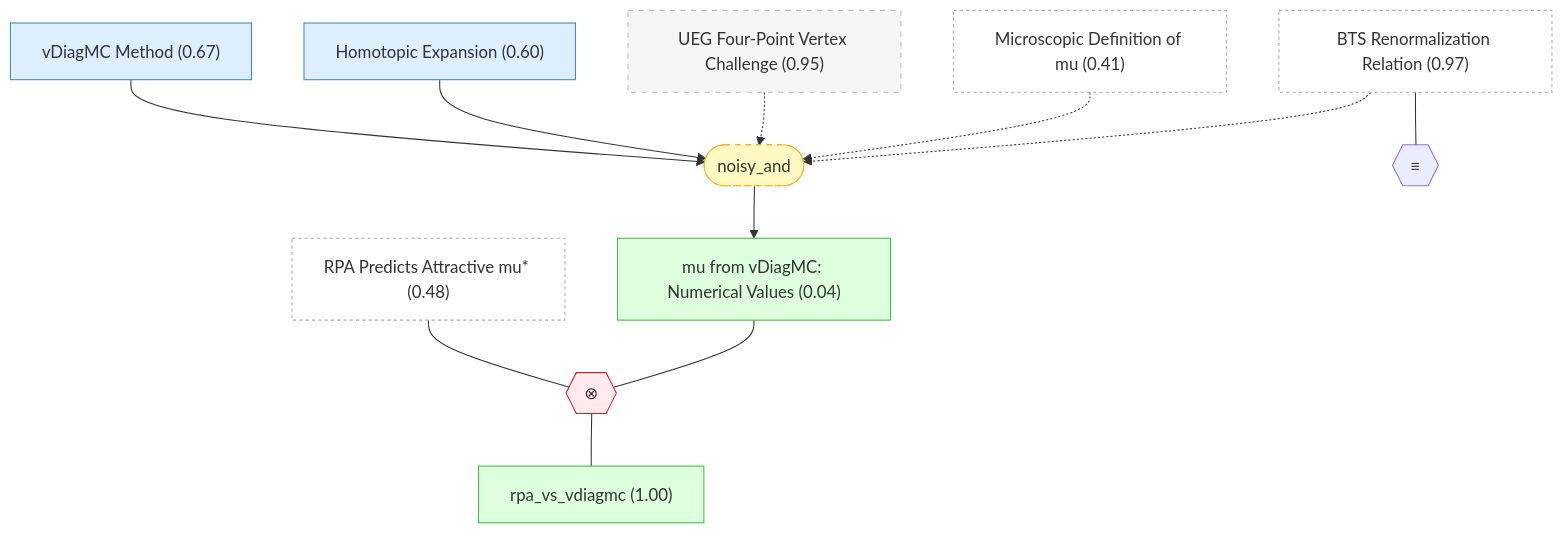
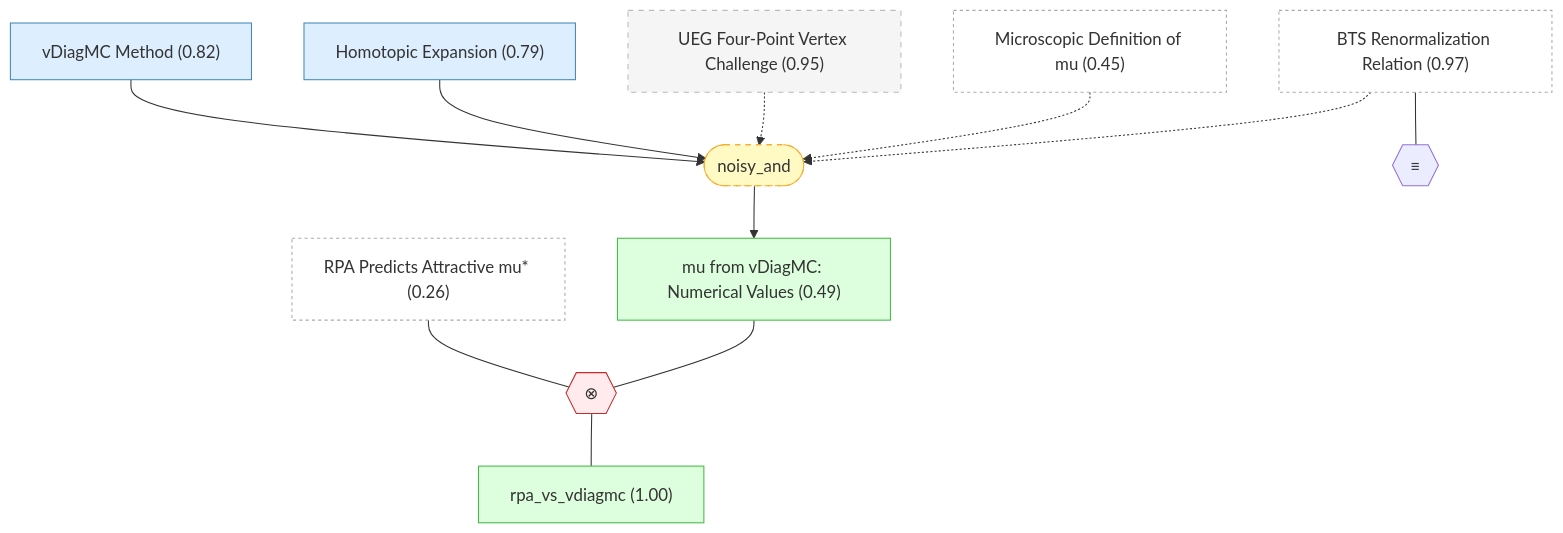
One commit to kunyuan/SuperconductivityElectronLiquids.gaia changed the fourth of 6 diagrams in README.md. Above: the diagram before and after it, drawn with Mermaid. The commit also changed other lines of this file, not shown here.

````diff
--- a/README.md
+++ b/README.md
@@ -508,34 +508,34 @@
 ```mermaid
 graph TD
     bts_renormalization["BTS Renormalization Relation (0.97)"]:::external
-    rpa_predicts_attractive_mu["RPA Predicts Attractive mu#ast; (0.48)"]:::external
-    mu_microscopic_definition["Microscopic Definition of mu (0.41)"]:::external
+    rpa_predicts_attractive_mu["RPA Predicts Attractive mu#ast; (0.26)"]:::external
+    mu_microscopic_definition["Microscopic Definition of mu (0.45)"]:::external
     ueg_vertex_challenge["UEG Four-Point Vertex Challenge (0.95)"]:::background
-    vdiagmc_method["vDiagMC Method (0.67)"]:::premise
-    homotopic_expansion["Homotopic Expansion (0.60)"]:::premise
-    mu_vdiagmc_values["mu from vDiagMC: Numerical Values (0.04)"]:::derived
+    vdiagmc_method["vDiagMC Method (0.82)"]:::premise
+    homotopic_expansion["Homotopic Expansion (0.79)"]:::premise
+    mu_vdiagmc_values["mu from vDiagMC: Numerical Values (0.49)"]:::derived
     rpa_vs_vdiagmc["rpa_vs_vdiagmc (1.00)"]:::derived
     strat_11(["noisy_and"]):::weak
     vdiagmc_method --> strat_11
     homotopic_expansion --> strat_11
     ueg_vertex_challenge -.-> strat_11
     mu_microscopic_definition -.-> strat_11
     bts_renormalization -.-> strat_11
     strat_11 --> mu_vdiagmc_values
     oper_0{{"≡"}}
     bts_renormalization --- oper_0
     oper_1{{"⊗"}}:::contra
     rpa_predicts_attractive_mu --- oper_1
     mu_vdiagmc_values --- oper_1
     oper_1 --- rpa_vs_vdiagmc
 
-    classDef setting fill:#f0f0f0,stroke:#999,color:#333
-    classDef premise fill:#ddeeff,stroke:#4488bb,color:#333
-    classDef derived fill:#ddffdd,stroke:#44bb44,color:#333
-    classDef question fill:#fff3dd,stroke:#cc9944,color:#333
-    classDef background fill:#f5f5f5,stroke:#bbb,stroke-dasharray: 5 5,color:#333
-    classDef orphan fill:#fff,stroke:#ccc,stroke-dasharray: 5 5,color:#333
-    classDef external fill:#fff,stroke:#aaa,stroke-dasharray: 3 3,color:#333
-    classDef weak fill:#fff9c4,stroke:#f9a825,stroke-dasharray: 5 5,color:#333
-    classDef contra fill:#ffebee,stroke:#c62828,color:#333
+    classDef setting fill:#f0f0f0,stroke:#999
+    classDef premise fill:#ddeeff,stroke:#4488bb
+    classDef derived fill:#ddffdd,stroke:#44bb44
+    classDef question fill:#fff3dd,stroke:#cc9944
+    classDef background fill:#f5f5f5,stroke:#bbb,stroke-dasharray: 5 5
+    classDef orphan fill:#fff,stroke:#ccc,stroke-dasharray: 5 5
+    classDef external fill:#fff,stroke:#aaa,stroke-dasharray: 3 3
+    classDef weak fill:#fff9c4,stroke:#f9a825,stroke-dasharray: 5 5
+    classDef contra fill:#ffebee,stroke:#c62828
 ```
````
